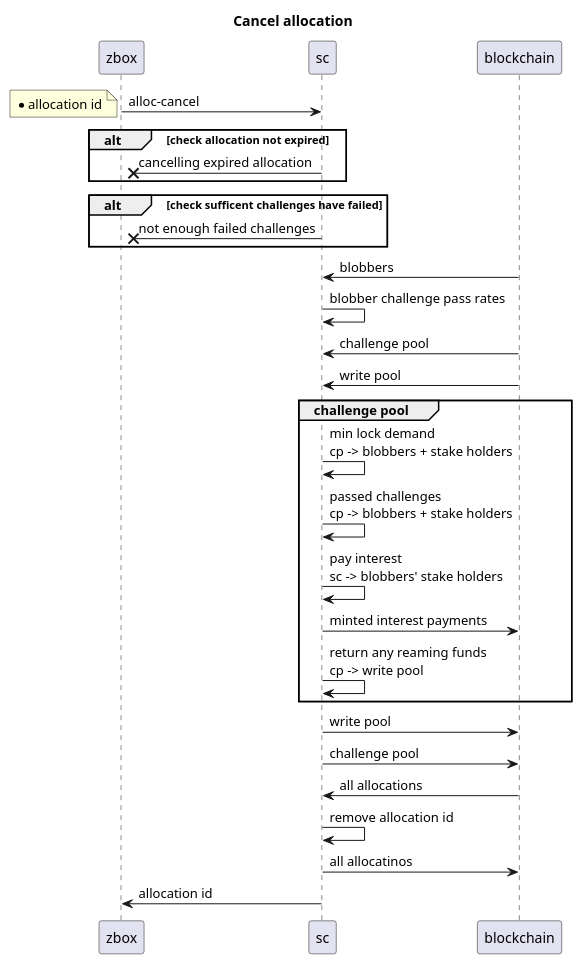
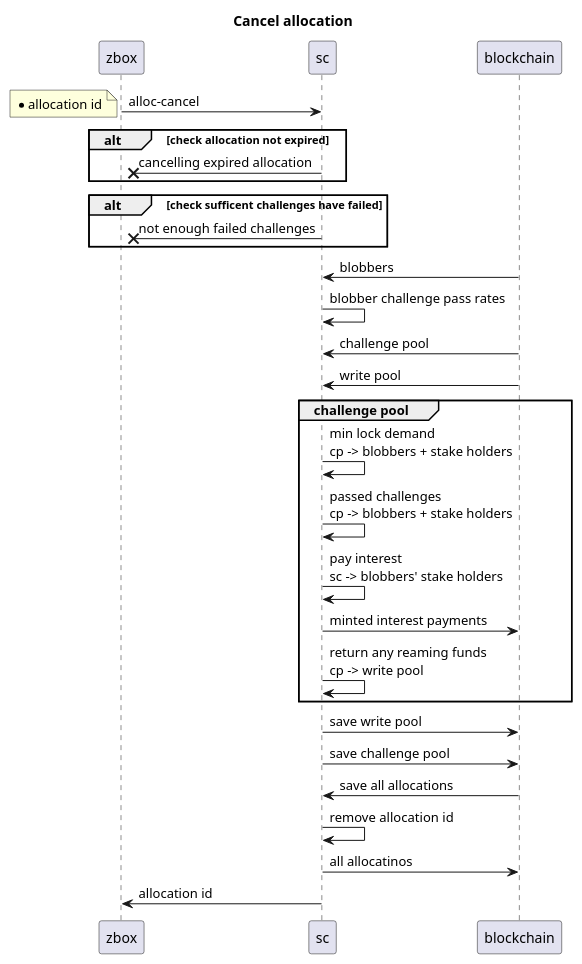
The fourth of 15 diagrams in documents/uml.md (0chain/zboxcli), drawn with PlantUML before and after one commit. The commit also changed other lines of this file and 2 other files, not shown here.

````diff
--- a/documents/uml.md
+++ b/documents/uml.md
@@ -29,30 +67,30 @@
  ```puml
 title Cancel allocation
 zbox -> sc : alloc-cancel 
 note left
     * allocation id
 end note
     alt check allocation not expired
         sc ->x zbox : cancelling expired allocation
     end
     alt check sufficent challenges have failed
         sc ->x zbox : not enough failed challenges
     end
     blockchain -> sc :blobbers
     sc -> sc : blobber challenge pass rates
     blockchain -> sc : challenge pool
     blockchain -> sc : write pool   
     group challenge pool
         sc -> sc : min lock demand\ncp -> blobbers + stake holders
         sc -> sc : passed challenges\ncp -> blobbers + stake holders
         sc -> sc : pay interest\nsc -> blobbers' stake holders 
         sc -> blockchain : minted interest payments
         sc -> sc : return any reaming funds\ncp -> write pool
     end
-    sc -> blockchain : write pool
-    sc -> blockchain : challenge pool
-    blockchain -> sc : all allocations
+    sc -> blockchain : save write pool
+    sc -> blockchain : save challenge pool
+    blockchain -> sc : save all allocations
     sc -> sc : remove allocation id 
     sc -> blockchain : all allocatinos    
 sc -> zbox : allocation id 
 ```
````
